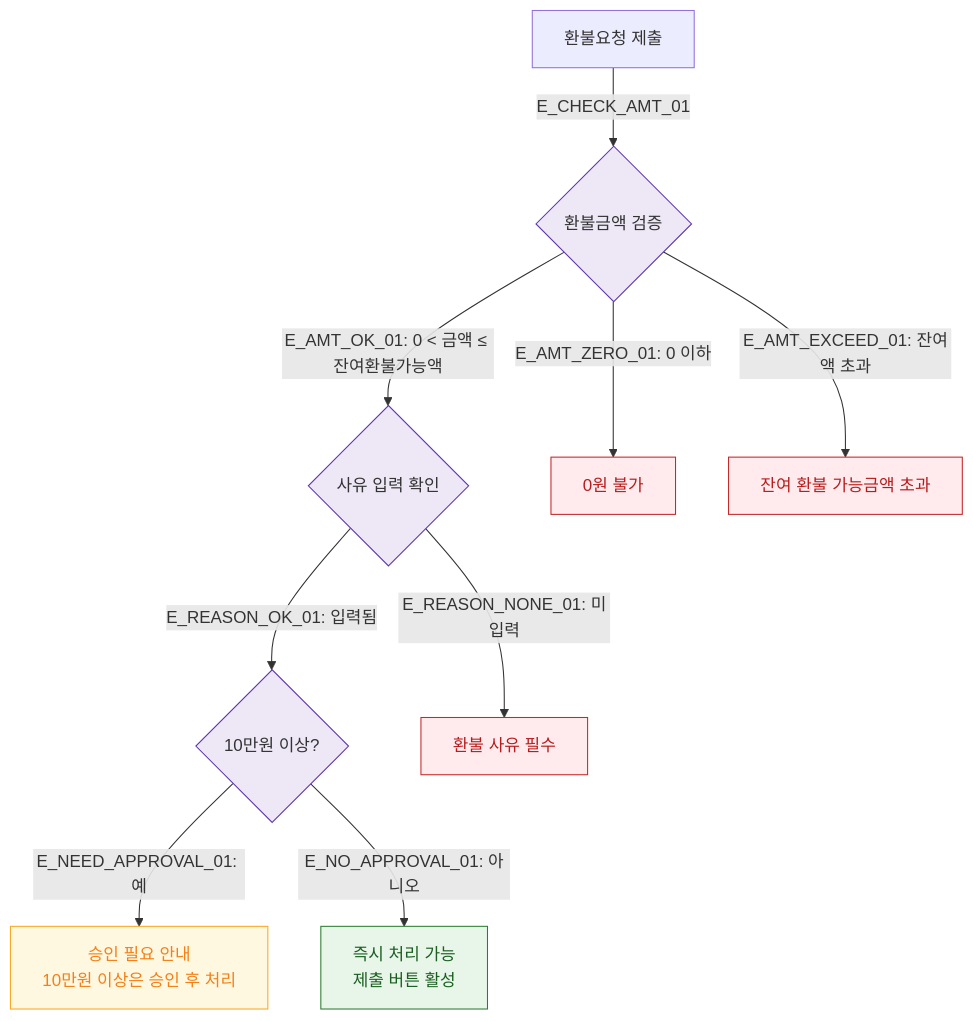
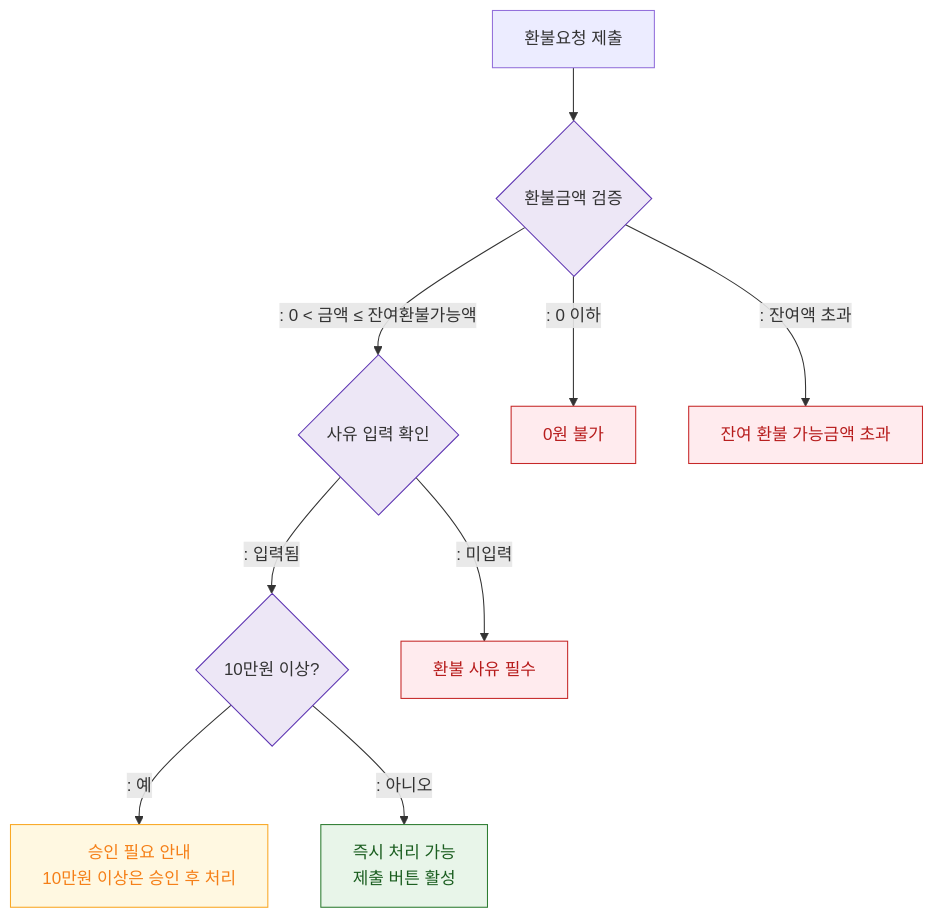
Before and after one commit to dev-spogym/admin-pando: the diagram in docs/다이어그램/D03_매출관리/DLG-S015_환불요청/M2_필드검증.md, drawn with Mermaid. The commit also changed other lines of this file and 1660 other files, not shown here.

First line of the commit message:
다이어그램: 기획자/클라이언트 납품본으로 정리

````diff
--- a/docs/다이어그램/D03_매출관리/DLG-S015_환불요청/M2_필드검증.md
+++ b/docs/다이어그램/D03_매출관리/DLG-S015_환불요청/M2_필드검증.md
@@ -20,24 +18,24 @@
 ```mermaid
 flowchart TD
-    SUBMIT[환불요청 제출] -->|E_CHECK_AMT_01| AMT_CHECK{환불금액 검증}
+    SUBMIT[환불요청 제출] --> AMT_CHECK{환불금액 검증}
 
-    AMT_CHECK -->|"E_AMT_OK_01: 0 < 금액 ≤ 잔여환불가능액"| REASON_CHECK{사유 입력 확인}
-    AMT_CHECK -->|"E_AMT_ZERO_01: 0 이하"| ERR_ZERO[0원 불가]
-    AMT_CHECK -->|"E_AMT_EXCEED_01: 잔여액 초과"| ERR_EXCEED[잔여 환불 가능금액 초과]
+    AMT_CHECK -->|": 0 < 금액 ≤ 잔여환불가능액"|REASON_CHECK{사유 입력 확인}
+    AMT_CHECK -->|": 0 이하"|ERR_ZERO[0원 불가]
+    AMT_CHECK -->|": 잔여액 초과"|ERR_EXCEED[잔여 환불 가능금액 초과]
 
-    REASON_CHECK -->|"E_REASON_OK_01: 입력됨"| APPROVAL_CHECK{10만원 이상?}
-    REASON_CHECK -->|"E_REASON_NONE_01: 미입력"| ERR_REASON[환불 사유 필수]
+    REASON_CHECK -->|": 입력됨"|APPROVAL_CHECK{10만원 이상?}
+    REASON_CHECK -->|": 미입력"|ERR_REASON[환불 사유 필수]
 
-    APPROVAL_CHECK -->|"E_NEED_APPROVAL_01: 예"| APPROVAL_WARN[승인 필요 안내\n10만원 이상은 승인 후 처리]
-    APPROVAL_CHECK -->|"E_NO_APPROVAL_01: 아니오"| VALID[즉시 처리 가능\n제출 버튼 활성]
+    APPROVAL_CHECK -->|": 예"|APPROVAL_WARN[승인 필요 안내\n10만원 이상은 승인 후 처리]
+    APPROVAL_CHECK -->|": 아니오"|VALID[즉시 처리 가능\n제출 버튼 활성]
 
     classDef system fill:#EDE7F6,stroke:#5E35B2
     classDef success fill:#E8F5E9,stroke:#2E7D32,color:#1B5E20
     classDef error fill:#FFEBEE,stroke:#C62828,color:#B71C1C
     classDef warning fill:#FFF8E1,stroke:#F9A825,color:#F57F17
 
     class AMT_CHECK,REASON_CHECK,APPROVAL_CHECK system
     class VALID success
     class ERR_ZERO,ERR_EXCEED,ERR_REASON error
     class APPROVAL_WARN warning
 ```
````
